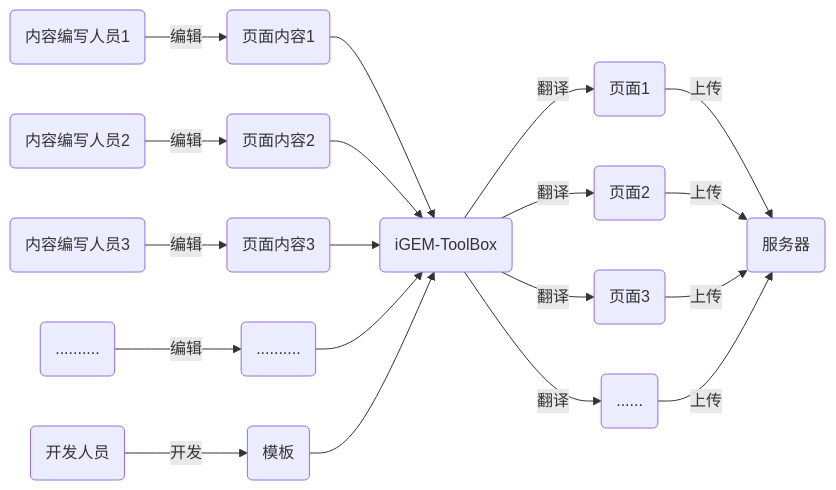
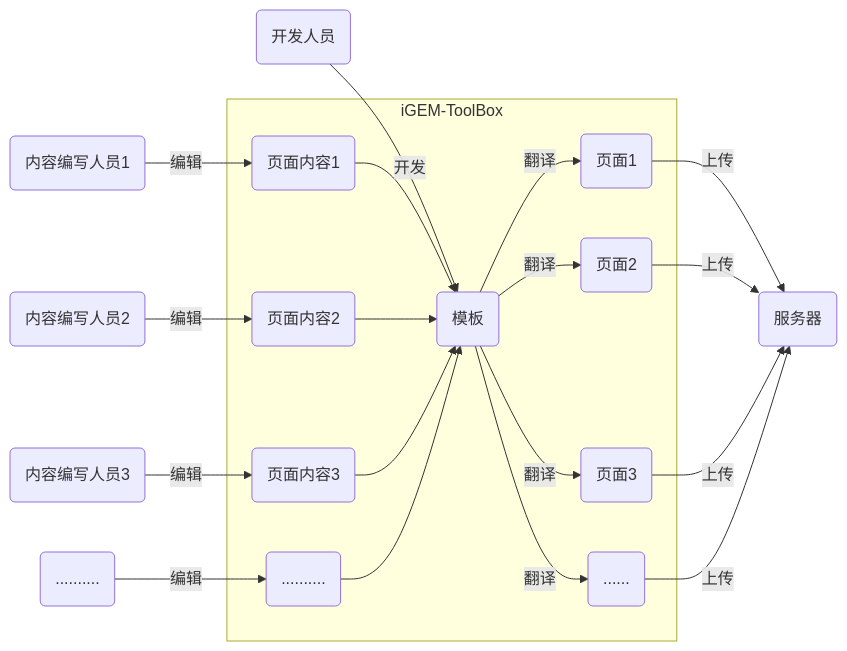
Before and after one commit to 497363983/iGEM-ToolBox: the second of 2 diagrams in README.md, drawn with Mermaid. The commit also changed other lines of this file and 4 other files, not shown here.

````diff
--- a/README.md
+++ b/README.md
@@ -37,21 +37,22 @@
 ```mermaid
 graph LR
     writer1(内容编写人员1) --编辑--> content1(页面内容1)
     writer2(内容编写人员2) --编辑--> content2(页面内容2)
     writer3(内容编写人员3) --编辑--> content3(页面内容3)
     omitwriter(..........) --编辑--> omitcontent(..........)
-    content1 --> toolbox(iGEM-ToolBox)
-    content2 --> toolbox(iGEM-ToolBox)
-    content3 --> toolbox(iGEM-ToolBox)
-    omitcontent --> toolbox(iGEM-ToolBox)
-    toolbox --翻译--> page1(页面1)
-    toolbox --翻译--> page2(页面2)
-    toolbox --翻译--> page3(页面3)
-    toolbox --翻译--> omitpage(......)
     developer(开发人员) --开发--> template(模板)
-    template --> toolbox
+    subgraph iGEM-ToolBox
+      content1 --> template
+      content2 --> template
+      content3 --> template
+      omitcontent --> template
+      template --翻译--> page1(页面1)
+      template --翻译--> page2(页面2)
+      template --翻译--> page3(页面3)
+      template --翻译--> omitpage(......)
+      end
     page1 --上传-->server(服务器)
     page2 --上传-->server
     page3 --上传-->server
     omitpage --上传-->server
 ```
````
